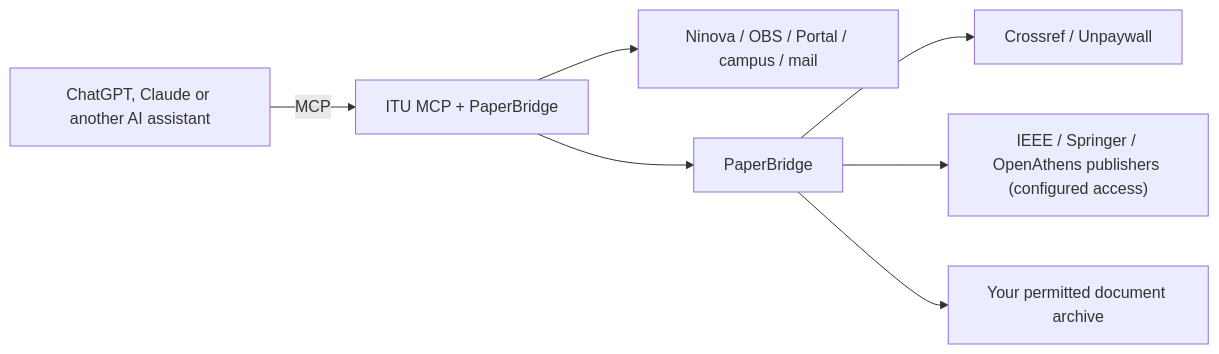
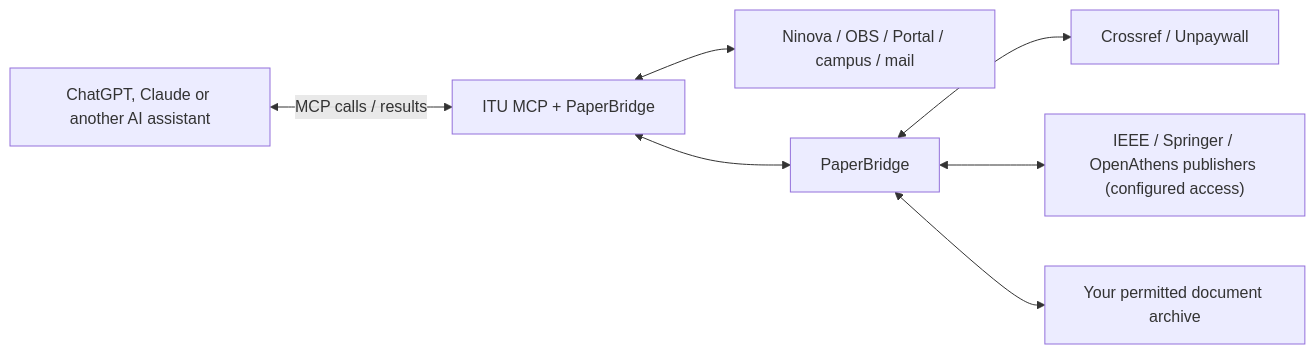
The diagram in README.md (tzi4/itu-mcp), drawn with Mermaid before and after one commit. The commit also changed other lines of this file, not shown here.

Commit message:
Clarify PaperBridge results returning to AI context

````diff
--- a/README.md
+++ b/README.md
@@ -276,9 +276,9 @@
 ```mermaid
 graph LR
-    client["ChatGPT, Claude or another AI assistant"] -->|"MCP"| server["ITU MCP + PaperBridge"]
-    server --> itu["Ninova / OBS / Portal / campus / mail"]
-    server --> pb["PaperBridge"]
-    pb --> metadata["Crossref / Unpaywall"]
-    pb --> publishers["IEEE / Springer / OpenAthens publishers (configured access)"]
-    pb --> archive["Your permitted document archive"]
+    client["ChatGPT, Claude or another AI assistant"] <-->|"MCP calls / results"| server["ITU MCP + PaperBridge"]
+    server <--> itu["Ninova / OBS / Portal / campus / mail"]
+    server <--> pb["PaperBridge"]
+    pb <--> metadata["Crossref / Unpaywall"]
+    pb <--> publishers["IEEE / Springer / OpenAthens publishers (configured access)"]
+    pb <--> archive["Your permitted document archive"]
 ```
````
